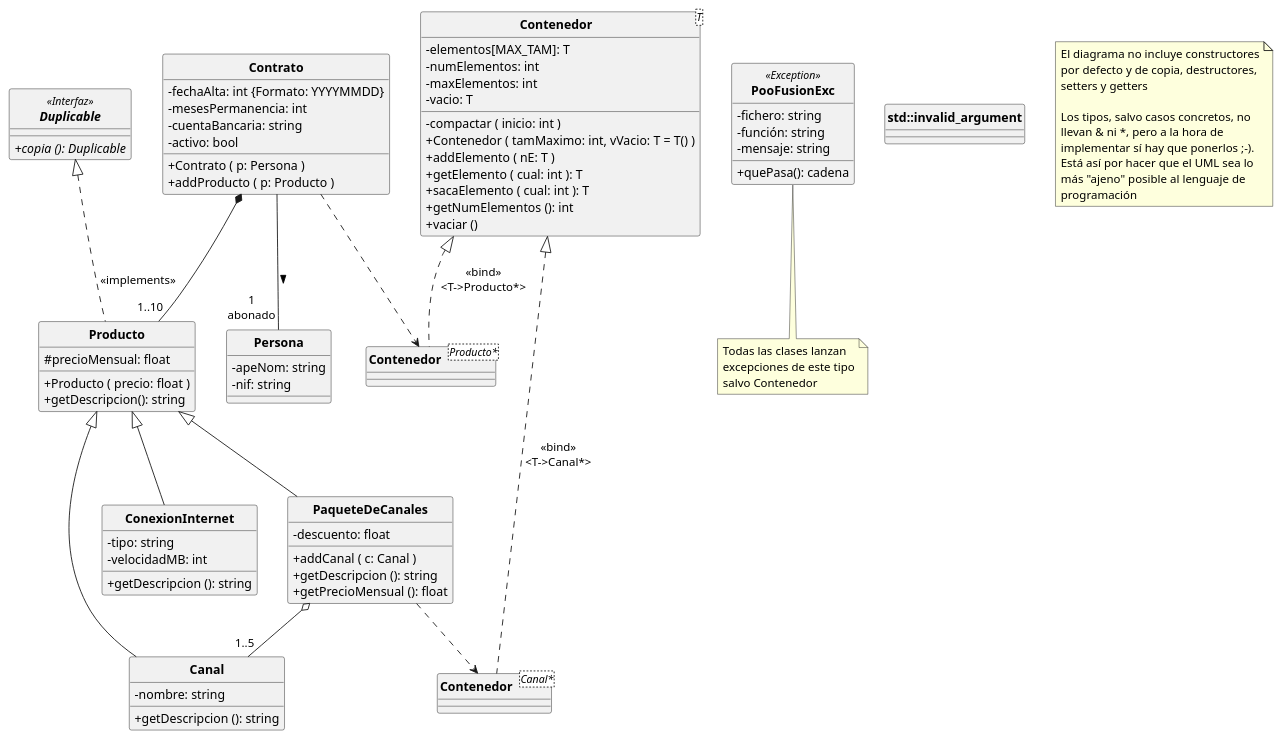
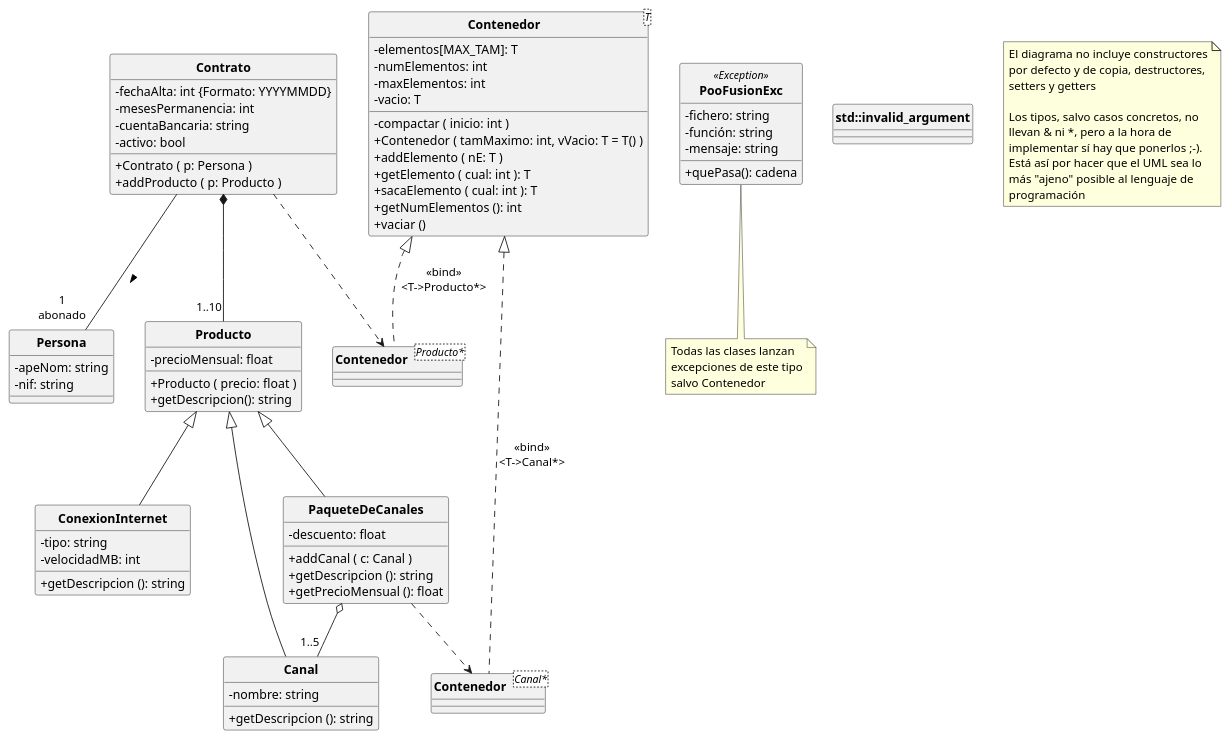
One commit to POOUJA/PooFusion changed the diagram in PooFusion.puml. Above: the diagram before and after it, drawn with PlantUML. The commit also changed 4 other files, not shown here.

```diff
--- a/PooFusion.puml
+++ b/PooFusion.puml
@@ -1,110 +1,105 @@
 @startuml
 
 hide circle
 skinparam classattributeiconsize 0
 skinparam classFontStyle bold
-
-interface Duplicable<<Interfaz>> {
-   + {abstract} copia (): Duplicable
-}
 
 class Persona {
    - apeNom: string
    - nif: string
 }
 
 class Contrato {
    - fechaAlta: int {Formato: YYYYMMDD}
    - mesesPermanencia: int
    - cuentaBancaria: string
    - activo: bool
    + Contrato ( p: Persona )
    + addProducto ( p: Producto )
 }
 
 class Producto {
-   # precioMensual: float
+   - precioMensual: float
    + Producto ( precio: float )
    + getDescripcion(): string
 }
 
 class ConexionInternet {
    - tipo: string
    - velocidadMB: int
    + getDescripcion (): string
 }
 
 class Canal {
    - nombre: string
    + getDescripcion (): string
 }
 
 class PaqueteDeCanales {
    - descuento: float
    + addCanal ( c: Canal )
    + getDescripcion (): string
    + getPrecioMensual (): float
 }
 
 class Contenedor<T> {
    - elementos[MAX_TAM]: T
    - numElementos: int
    - maxElementos: int
    - vacio: T
 
    - compactar ( inicio: int )
    + Contenedor ( tamMaximo: int, vVacio: T = T() )
    + addElemento ( nE: T )
    + getElemento ( cual: int ): T
    + sacaElemento ( cual: int ): T
    + getNumElementos (): int
    + vaciar ()
 }
 
 class PooFusionExc<<Exception>> {
    - fichero: string
    - función: string
    - mensaje: string
    + quePasa(): cadena
 }
 note bottom of PooFusionExc
    Todas las clases lanzan
    excepciones de este tipo
    salvo Contenedor
 end note
 
 class std::invalid_argument
 
 class "Contenedor<Canal*>" as CC {
 }
 
 class "Contenedor<Producto*>" as CP{
 }
 
 
 Contrato -- "1\nabonado" Persona: >
 Producto <|-- ConexionInternet 
 Producto <|-- Canal
 Producto <|-- PaqueteDeCanales
 Contenedor <|.. CP: <<bind>>\n<T->Producto*>
 Contrato ..> CP
 Contrato *-- "1..10" Producto
-Duplicable <|.. Producto: <<implements>>
 Contenedor <|.. CC: <<bind>>\n<T->Canal*>
 PaqueteDeCanales o-- "1..5"Canal
 PaqueteDeCanales ..> CC
 
 note as Nota1
    El diagrama no incluye constructores
    por defecto y de copia, destructores,
    setters y getters
 
    Los tipos, salvo casos concretos, no
    llevan & ni *, pero a la hora de
    implementar sí hay que ponerlos ;-). 
    Está así por hacer que el UML sea lo
    más "ajeno" posible al lenguaje de
    programación
 end note
 
 @enduml
```
